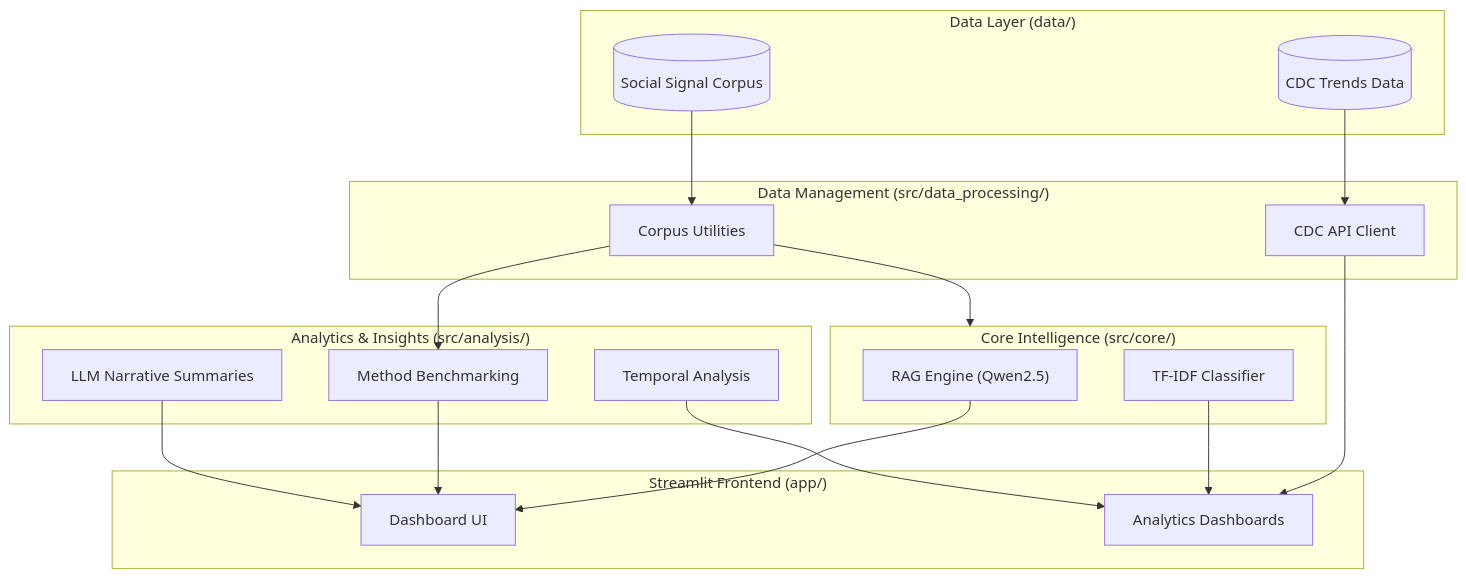
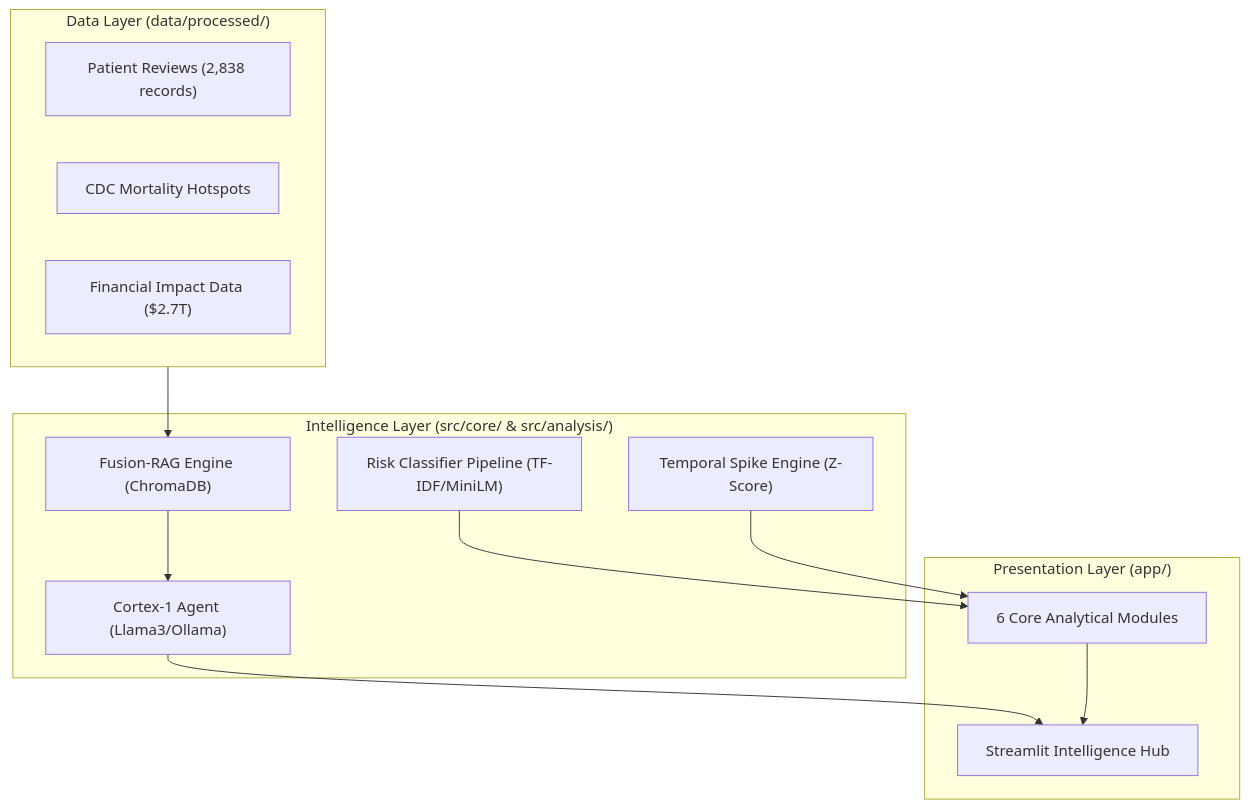
The diagram in README.md (PrathyushaRagavAdari/Substance-Abuse-Risk-Detection), drawn with Mermaid before and after one commit. The commit also changed other lines of this file, not shown here.

Commit message:
Docs: Update README with system architecture and project structure

````diff
--- a/README.md
+++ b/README.md
@@ -9,42 +11,28 @@
 ```mermaid
 graph TB
-    subgraph UI ["Streamlit Frontend (app/)"]
-        Dashboard["Dashboard UI"]
-        Analytics_UI["Analytics Dashboards"]
+    subgraph UI ["Presentation Layer (app/)"]
+        Dashboard["Streamlit Intelligence Hub"]
+        Modules["6 Core Analytical Modules"]
     end
 
-    subgraph Core ["Core Intelligence (src/core/)"]
-        RAG_Engine["RAG Engine (Qwen2.5)"]
-        TFIDF_Model["TF-IDF Classifier"]
+    subgraph Intelligence ["Intelligence Layer (src/core/ & src/analysis/)"]
+        Cortex1["Cortex-1 Agent (Llama3/Ollama)"]
+        FusionRAG["Fusion-RAG Engine (ChromaDB)"]
+        Classifiers["Risk Classifier Pipeline (TF-IDF/MiniLM)"]
+        Temporal["Temporal Spike Engine (Z-Score)"]
     end
 
-    subgraph Analysis ["Analytics & Insights (src/analysis/)"]
-        Temporal["Temporal Analysis"]
-        Comparison["Method Benchmarking"]
-        Narrative["LLM Narrative Summaries"]
+    subgraph Data ["Data Layer (data/processed/)"]
+        Clinical["Patient Reviews (2,838 records)"]
+        Mortality["CDC Mortality Hotspots"]
+        Economic["Financial Impact Data ($2.7T)"]
     end
 
-    subgraph Processing ["Data Management (src/data_processing/)"]
-        CDC_Fetcher["CDC API Client"]
-        Corpus_Loader["Corpus Utilities"]
-    end
-
-    subgraph Data ["Data Layer (data/)"]
-        CDC_Data[("CDC Trends Data")]
-        Social_Corpus[("Social Signal Corpus")]
-    end
-
-    %% Data Flow
-    CDC_Data --> CDC_Fetcher
-    Social_Corpus --> Corpus_Loader
-    
-    CDC_Fetcher --> Analytics_UI
-    Corpus_Loader --> Core
-    Corpus_Loader --> Comparison
-
-    TFIDF_Model --> Analytics_UI
-    RAG_Engine --> Dashboard
-    Temporal --> Analytics_UI
-    Comparison --> Dashboard
-    Narrative --> Dashboard
+    %% Interactions
+    Data --> FusionRAG
+    FusionRAG --> Cortex1
+    Classifiers --> Modules
+    Temporal --> Modules
+    Cortex1 --> Dashboard
+    Modules --> Dashboard
 ```
````
